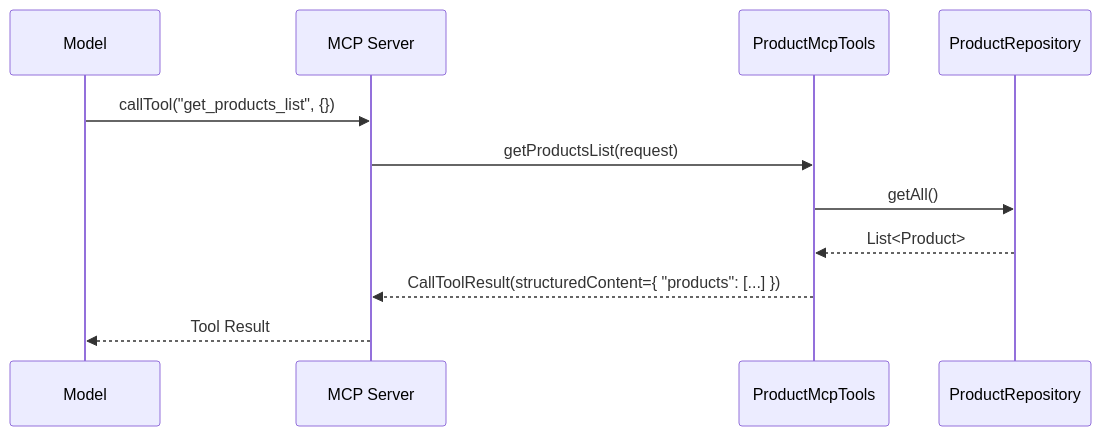
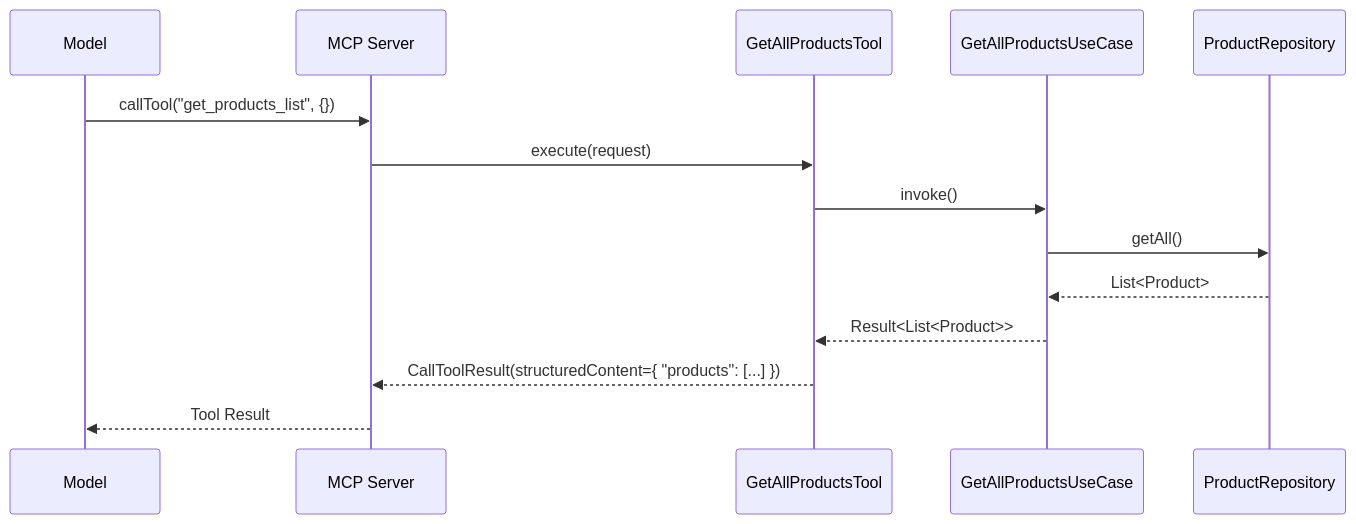
One commit to aoriani/ecomm-compose-multiplatform changed the second of 3 diagrams in server/MCP.md. Above: the diagram before and after it, drawn with Mermaid. The commit also changed other lines of this file and 2 other files, not shown here.

First line of the commit message:
refactor: Update documentation and restructure MCP and project layout

````diff
--- a/server/MCP.md
+++ b/server/MCP.md
@@ -93,14 +108,17 @@
 ```mermaid
 sequenceDiagram
     participant M as Model
     participant S as MCP Server
-    participant T as ProductMcpTools
+    participant T as GetAllProductsTool
+    participant U as GetAllProductsUseCase
     participant R as ProductRepository
 
     M->>S: callTool("get_products_list", {})
-    S->>T: getProductsList(request)
-    T->>R: getAll()
-    R-->>T: List<Product>
+    S->>T: execute(request)
+    T->>U: invoke()
+    U->>R: getAll()
+    R-->>U: List<Product>
+    U-->>T: Result<List<Product>>
     T-->>S: CallToolResult(structuredContent={ "products": [...] })
     S-->>M: Tool Result
 ```
````
